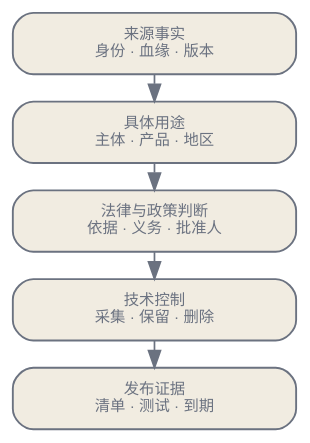
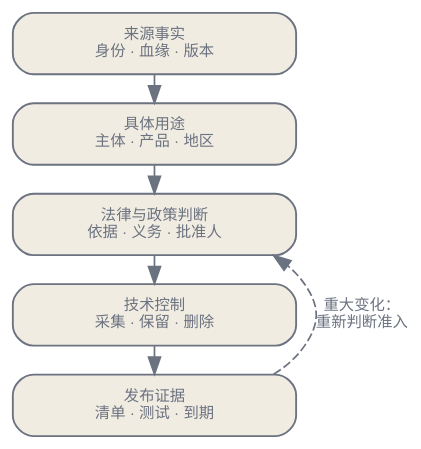
The diagram in zh/ecosystem/07-data-rights-economics.qmd (latere-ai/ai-as-an-infrastructure), drawn with Graphviz before and after one commit. The commit also changed 1 other file, not shown here.

Commit message:
ecosystem: rights-ledger diagram draws the material-change edge back to review, with edge labels at 9 pt

````diff
--- a/zh/ecosystem/07-data-rights-economics.qmd
+++ b/zh/ecosystem/07-data-rights-economics.qmd
@@ -33,21 +33,27 @@
 ```{dot}
 //| label: fig-data-rights-ledger
-//| fig-cap: "权利判断从可观察的来源事实开始，最后形成发布证据。任何重大变化都会让资产重新进入复核。"
+//| fig-cap: "权利判断从可观察的来源事实开始，最后形成发布证据。来源条款变更、出现权利保留、合同到期、收到删除请求、提出新用途或新市场、更换供应商等重大变化，都会让资产重新进入复核（虚线）。"
 digraph data_rights_ledger {
   bgcolor="transparent";
   rankdir=TB;
   nodesep=0.14; ranksep=0.22;
   node [shape=box, style="rounded,filled", fontname="Helvetica", fontsize=9,
         color="#6b7280", fontcolor="#6b7280", fillcolor="#f1ece1",
         width=2.30, penwidth=1.1];
-  edge [fontsize=8, fontname="Helvetica", color="#6b7280", fontcolor="#6b7280"];
+  edge [fontsize=9, fontname="Helvetica", color="#6b7280", fontcolor="#6b7280"];
 
   facts [label="来源事实\n身份 · 血缘 · 版本"];
   use [label="具体用途\n主体 · 产品 · 地区"];
   decision [label="法律与政策判断\n依据 · 义务 · 批准人"];
   controls [label="技术控制\n采集 · 保留 · 删除"];
   evidence [label="发布证据\n清单 · 测试 · 到期"];
 
+  // One group keeps the record in a straight column; the review edge runs
+  // beside it.
+  facts [group=main]; use [group=main]; decision [group=main];
+  controls [group=main]; evidence [group=main];
+
   facts -> use -> decision -> controls -> evidence;
+  evidence -> decision [label="重大变化：\n重新判断准入", style=dashed, constraint=false];
 }
 ```
````
